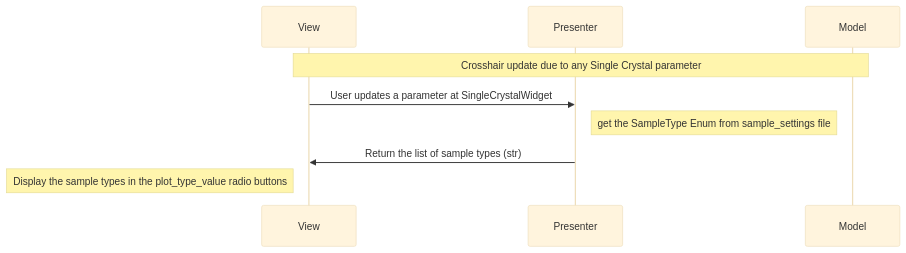
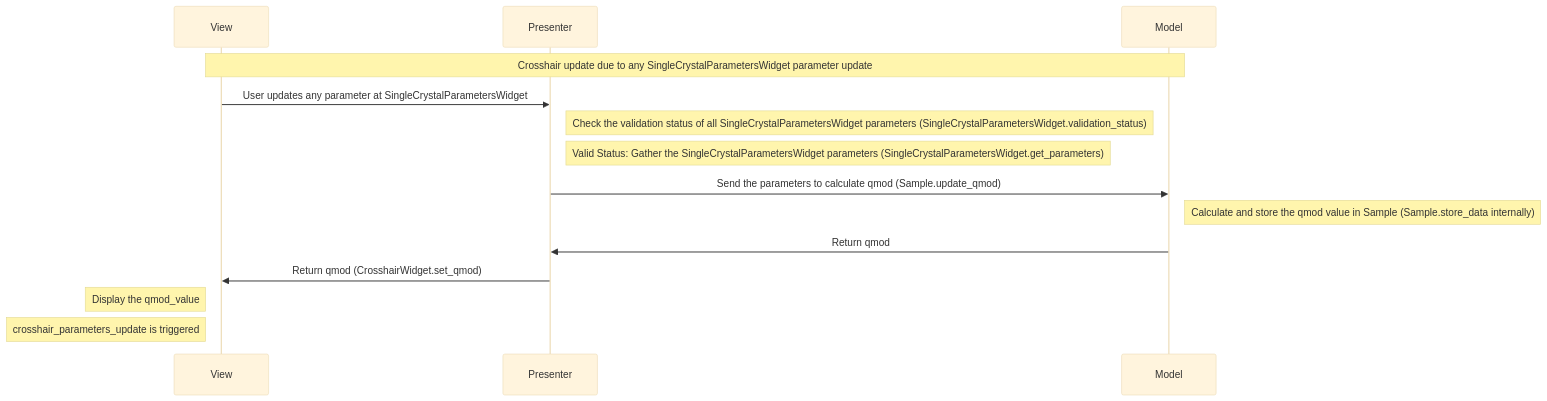
Before and after one commit to neutrons/hyspecppt: diagram 12 of 13 in docs/source/design/hyspecpptclasses.rst, drawn with Mermaid (base theme). The commit also changed other lines of this file and 1 other file, not shown here.

```diff
--- a/docs/source/design/hyspecpptclasses.rst
+++ b/docs/source/design/hyspecpptclasses.rst
@@ -518,12 +609,17 @@
-    .. mermaid::
+        .. mermaid::
 
-        sequenceDiagram
-            participant View
-            participant Presenter
-            participant Model
+            sequenceDiagram
+                participant View
+                participant Presenter
+                participant Model
 
-            Note over View,Model: Crosshair update due to any Single Crystal parameter
-            View->>Presenter: User updates a parameter at SingleCrystalWidget
-            Note right of Presenter: get the SampleType Enum from sample_settings file
-            Presenter->>View: Return the list of sample types (str)
-            Note left of View: Display the sample types in the plot_type_value radio buttons
+                Note over View,Model: Crosshair update due to any SingleCrystalParametersWidget parameter update
+                View->>Presenter: User updates any parameter at SingleCrystalParametersWidget
+                Note right of Presenter: Check the validation status of all SingleCrystalParametersWidget parameters (SingleCrystalParametersWidget.validation_status)
+                Note right of Presenter: Valid Status: Gather the SingleCrystalParametersWidget parameters (SingleCrystalParametersWidget.get_parameters)
+                Presenter->>Model: Send the parameters to calculate qmod (Sample.update_qmod)
+                Note right of Model: Calculate and store the qmod value in Sample (Sample.store_data internally)
+                Model->>Presenter: Return qmod
+                Presenter->>View: Return qmod (CrosshairWidget.set_qmod)
+                Note left of View: Display the qmod_value
+                Note left of View: crosshair_parameters_update is triggered
```
